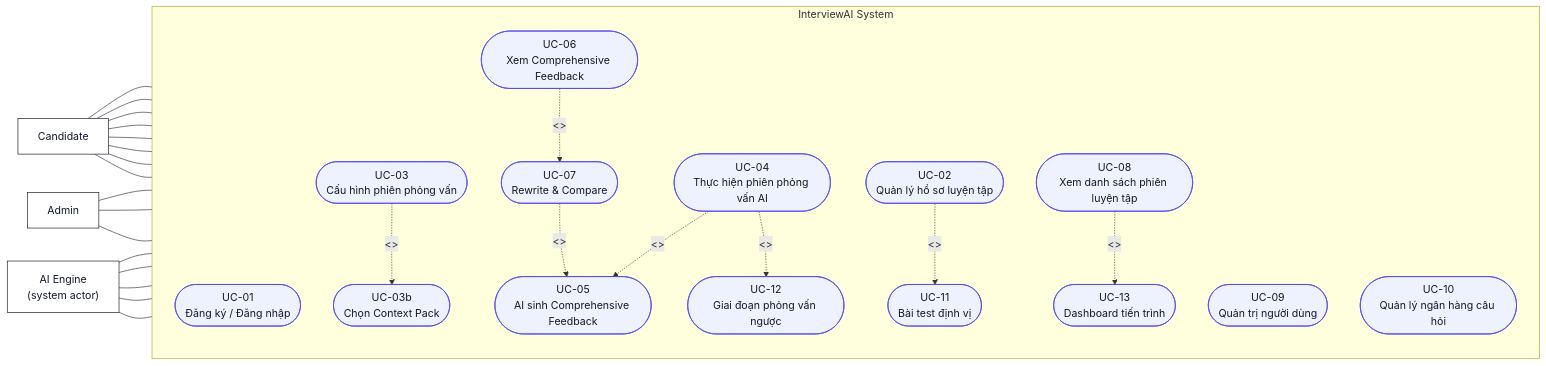
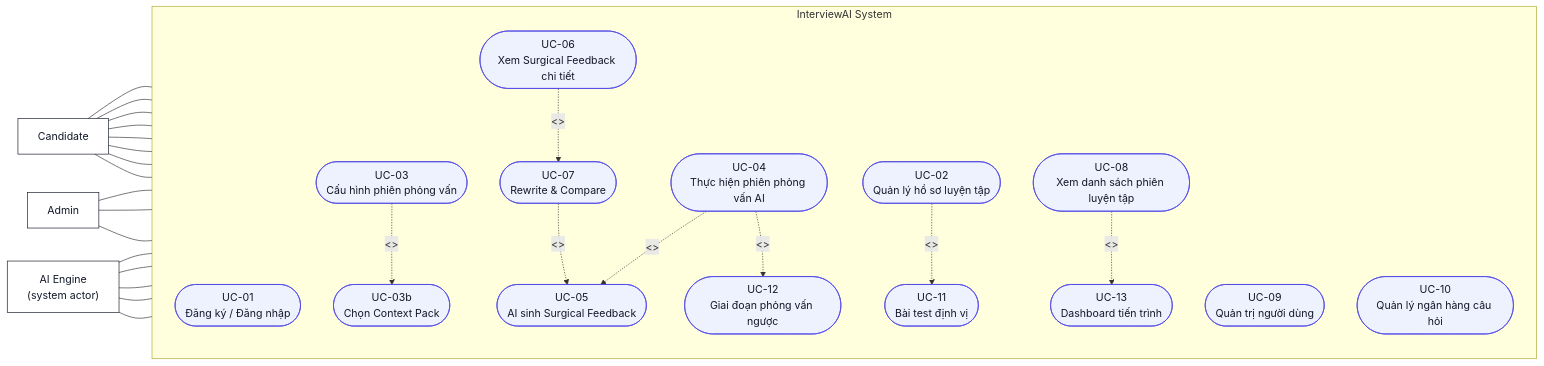
The first of 5 diagrams in docs/RequirementAnalysis/SRS/SRS_InterviewAI_Full.md (lethanhan01/interview-coach), drawn with Mermaid before and after one commit. The commit also changed other lines of this file and 2 other files, not shown here.

````diff
--- a/docs/RequirementAnalysis/SRS/SRS_InterviewAI_Full.md
+++ b/docs/RequirementAnalysis/SRS/SRS_InterviewAI_Full.md
@@ -313,55 +294,55 @@
 ```mermaid
 flowchart LR
     classDef actor fill:#ffffff,stroke:#111827,color:#111827
     classDef usecase fill:#eef2ff,stroke:#4f46e5,color:#111827
     classDef system fill:#f8fafc,stroke:#64748b,color:#111827
 
     Candidate["Candidate"]:::actor
     Admin["Admin"]:::actor
     AI["AI Engine\n(system actor)"]:::actor
 
     subgraph SYS["InterviewAI System"]
         direction TB
         UC01(["UC-01\nĐăng ký / Đăng nhập"]):::usecase
         UC02(["UC-02\nQuản lý hồ sơ luyện tập"]):::usecase
         UC03(["UC-03\nCấu hình phiên phỏng vấn"]):::usecase
         UC03b(["UC-03b\nChọn Context Pack"]):::usecase
         UC04(["UC-04\nThực hiện phiên phỏng vấn AI"]):::usecase
-        UC05(["UC-05\nAI sinh Comprehensive Feedback"]):::usecase
-        UC06(["UC-06\nXem Comprehensive Feedback"]):::usecase
+        UC05(["UC-05\nAI sinh Surgical Feedback"]):::usecase
+        UC06(["UC-06\nXem Surgical Feedback chi tiết"]):::usecase
         UC07(["UC-07\nRewrite & Compare"]):::usecase
         UC08(["UC-08\nXem danh sách phiên luyện tập"]):::usecase
         UC09(["UC-09\nQuản trị người dùng"]):::usecase
         UC10(["UC-10\nQuản lý ngân hàng câu hỏi"]):::usecase
         UC11(["UC-11\nBài test định vị"]):::usecase
         UC12(["UC-12\nGiai đoạn phỏng vấn ngược"]):::usecase
         UC13(["UC-13\nDashboard tiến trình"]):::usecase
     end
 
     Candidate --- UC01
     Candidate --- UC02
     Candidate --- UC03
     Candidate --- UC04
     Candidate --- UC06
     Candidate --- UC07
     Candidate --- UC08
     Candidate --- UC13
 
     Admin --- UC01
     Admin --- UC09
     Admin --- UC10
 
     AI --- UC03
     AI --- UC04
     AI --- UC05
     AI --- UC07
     AI --- UC12
 
     UC03 -. "<<include>>" .-> UC03b
     UC04 -. "<<include>>" .-> UC05
     UC04 -. "<<include>>" .-> UC12
     UC07 -. "<<include>>" .-> UC05
     UC06 -. "<<extend>>" .-> UC07
     UC02 -. "<<extend>>" .-> UC11
     UC08 -. "<<extend>>" .-> UC13
 ```
````
